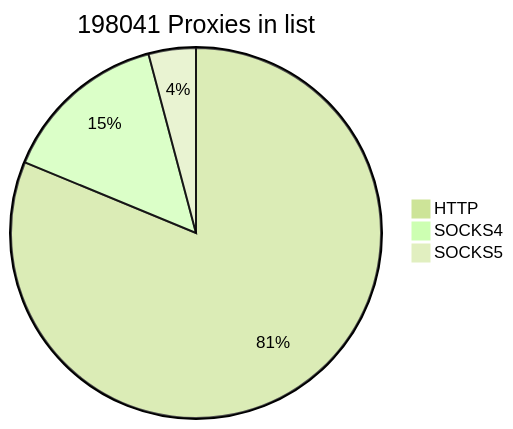
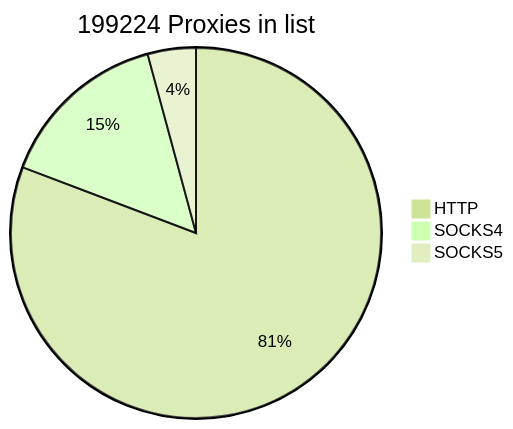
Before and after one commit to cutipu/proxylist: the first of 2 diagrams in README.md, drawn with Mermaid (forest theme). The commit also changed other lines of this file, not shown here.

````diff
--- a/README.md
+++ b/README.md
@@ -2,7 +2,7 @@
 ```mermaid
-pie title 198041 Proxies in list
-    "HTTP" : 160881
-    "SOCKS4" : 28983
-    "SOCKS5" : 8177
+pie title 199224 Proxies in list
+    "HTTP" : 160907
+    "SOCKS4" : 29937
+    "SOCKS5" : 8380
             
 ```
````
